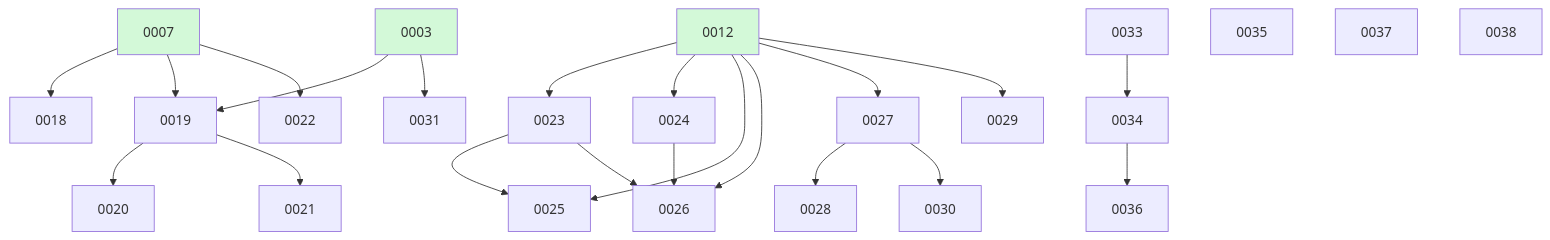
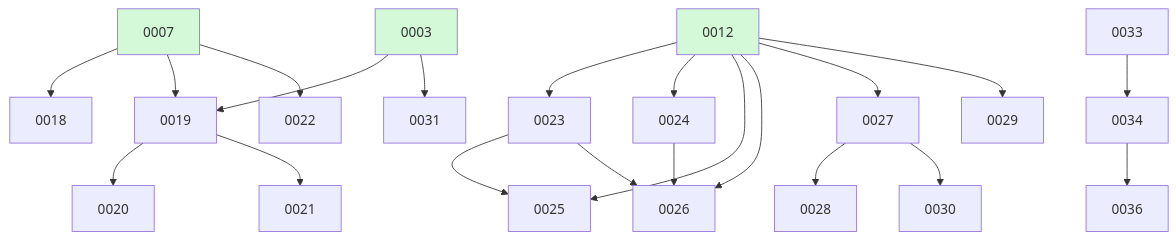
The diagram in docs/changes/BOARD.md (ethanhinson/fuse), drawn with Mermaid before and after one commit. The commit also changed other lines of this file, not shown here.

````diff
--- a/docs/changes/BOARD.md
+++ b/docs/changes/BOARD.md
@@ -35,31 +27,28 @@
 ```mermaid
 graph TD
   0007 --> 0018
   0003 --> 0019
   0007 --> 0019
   0019 --> 0020
   0019 --> 0021
   0007 --> 0022
   0012 --> 0023
   0012 --> 0024
   0012 --> 0025
   0023 --> 0025
   0012 --> 0026
   0023 --> 0026
   0024 --> 0026
   0012 --> 0027
   0027 --> 0028
   0012 --> 0029
   0027 --> 0030
   0003 --> 0031
   0033
   0033 --> 0034
-  0035
   0034 --> 0036
-  0037
-  0038
   0003:::done
   0007:::done
   0012:::done
   classDef done fill:#d3f9d8;
 ```
````
